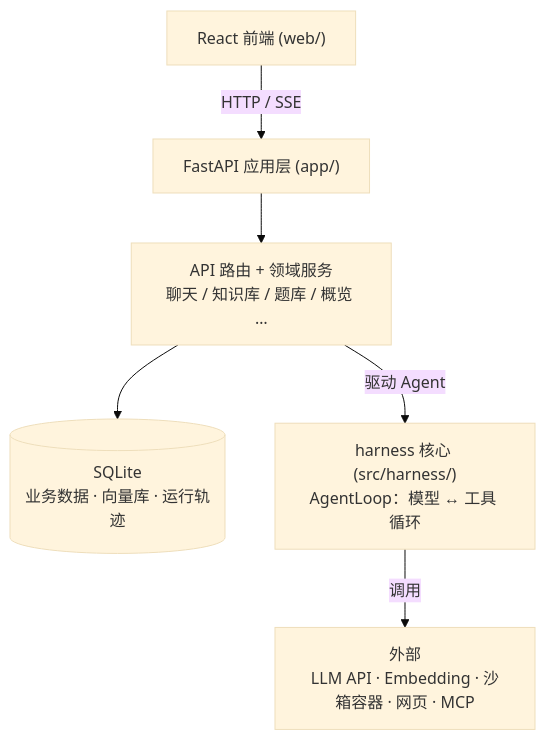
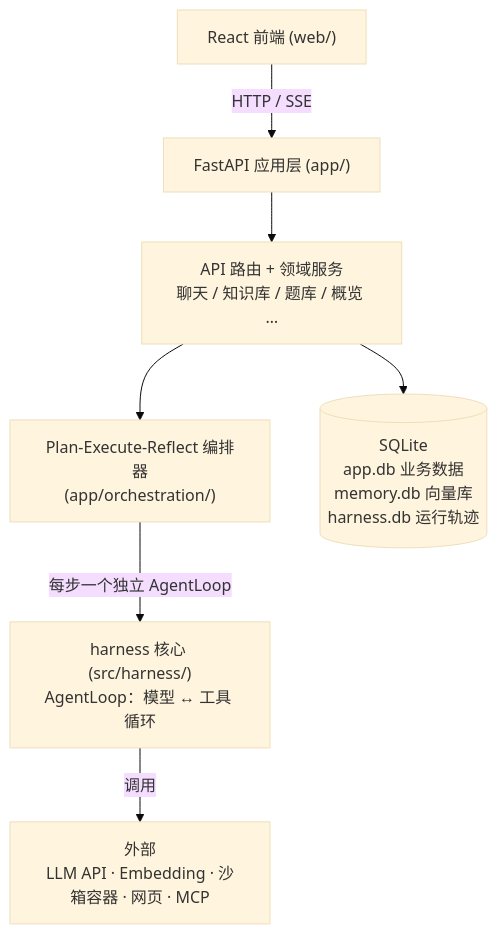
Before and after one commit to sumengnan/ai-learning-helper: the first of 2 diagrams in README.md, drawn with Mermaid (base theme). The commit also changed other lines of this file and 3 other files, not shown here.

````diff
--- a/README.md
+++ b/README.md
@@ -53,8 +64,9 @@
 ```mermaid
 flowchart TD
     UI["React 前端 (web/)"] -->|HTTP / SSE| APP["FastAPI 应用层 (app/)"]
     APP --> ROUTES["API 路由 + 领域服务<br/>聊天 / 知识库 / 题库 / 概览 …"]
-    ROUTES --> DB[("SQLite<br/>业务数据 · 向量库 · 运行轨迹")]
-    ROUTES -->|驱动 Agent| CORE["harness 核心 (src/harness/)<br/>AgentLoop：模型 ↔ 工具 循环"]
+    ROUTES --> ORCH["Plan-Execute-Reflect 编排器<br/>(app/orchestration/)"]
+    ROUTES --> DB[("SQLite<br/>app.db 业务数据<br/>memory.db 向量库<br/>harness.db 运行轨迹")]
+    ORCH -->|每步一个独立 AgentLoop| CORE["harness 核心 (src/harness/)<br/>AgentLoop：模型 ↔ 工具 循环"]
     CORE -->|调用| EXT["外部<br/>LLM API · Embedding · 沙箱容器 · 网页 · MCP"]
 ```
````
